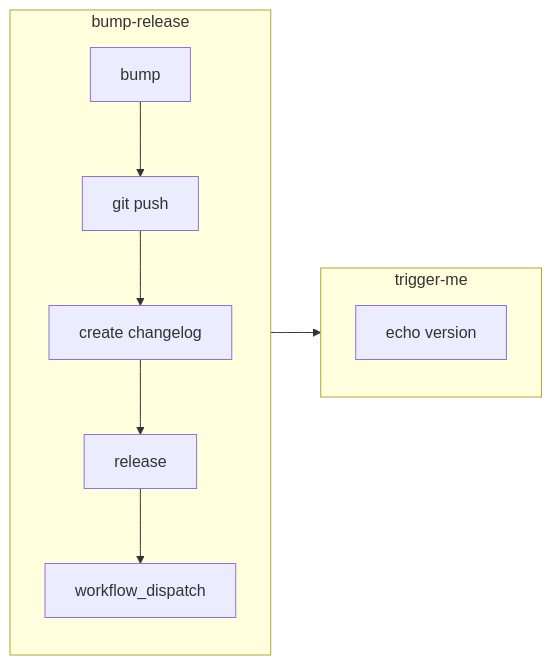
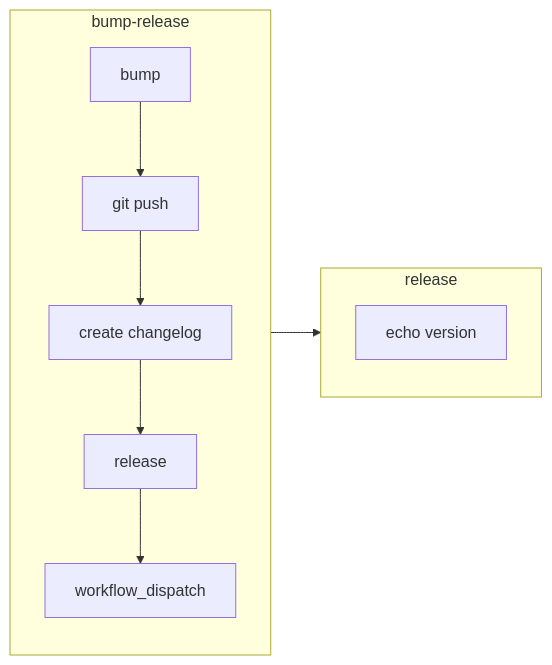
One commit to commitizen-tools/setup-cz changed the diagram in examples/trigger-other-job/.github/workflows/README.md. Above: the diagram before and after it, drawn with Mermaid. The commit also changed 2 other files, not shown here.

Commit message:
fix(examples): improve trigger-other-job

````diff
--- a/examples/trigger-other-job/.github/workflows/README.md
+++ b/examples/trigger-other-job/.github/workflows/README.md
@@ -6,22 +6,22 @@
 ```mermaid
 flowchart LR
     subgraph BR["bump-release"]
         direction TB
         bump
         git_push["git push"]
         create_changelog["create changelog"]
         release
         workflow_dispatch
 
         bump --> git_push
         git_push --> create_changelog
         create_changelog --> release
         release --> workflow_dispatch
     end
 
-    subgraph TM["trigger-me"]
+    subgraph TM["release"]
         echo_version["echo version"]
     end
 
     BR --> TM
 ```
````
